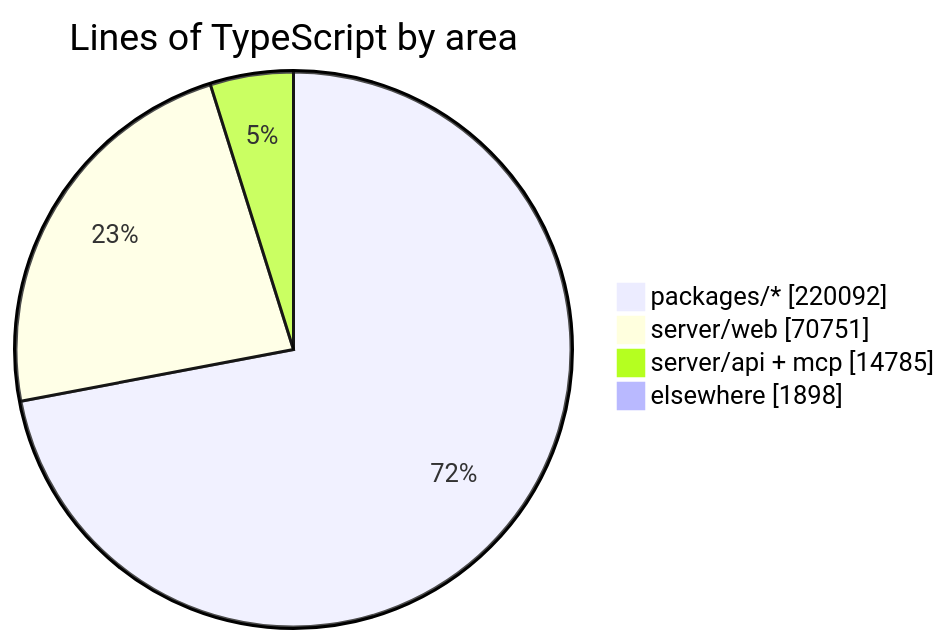
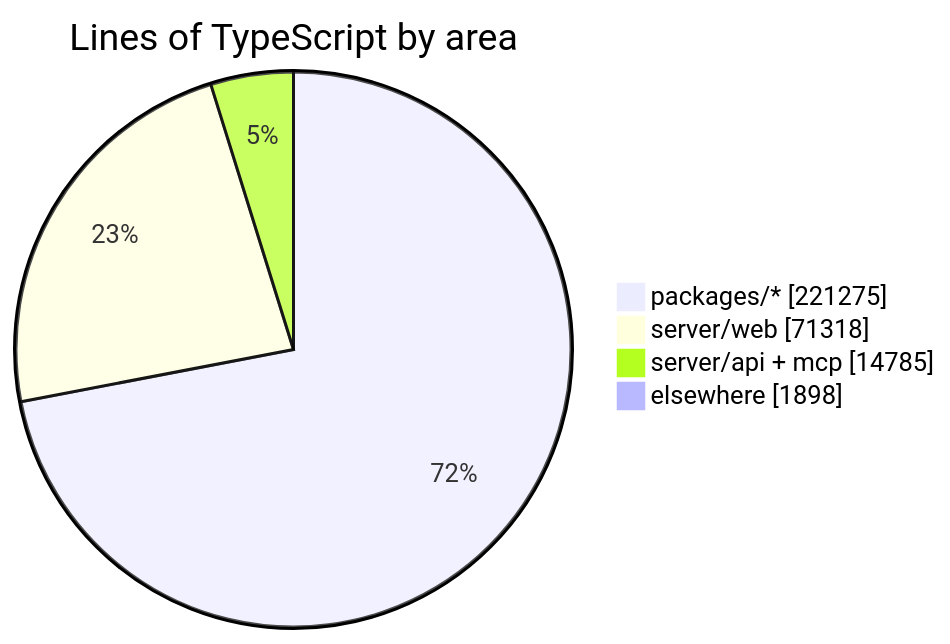
The diagram in README.md (crossworks-engineering/mantle), drawn with Mermaid before and after one commit. The commit also changed other lines of this file and 2 other files, not shown here.

````diff
--- a/README.md
+++ b/README.md
@@ -287,7 +287,7 @@
 ```mermaid
 pie showData title Lines of TypeScript by area
-    "packages/*" : 220092
-    "server/web" : 70751
+    "packages/*" : 221275
+    "server/web" : 71318
     "server/api + mcp" : 14785
     "elsewhere" : 1898
 ```
````
